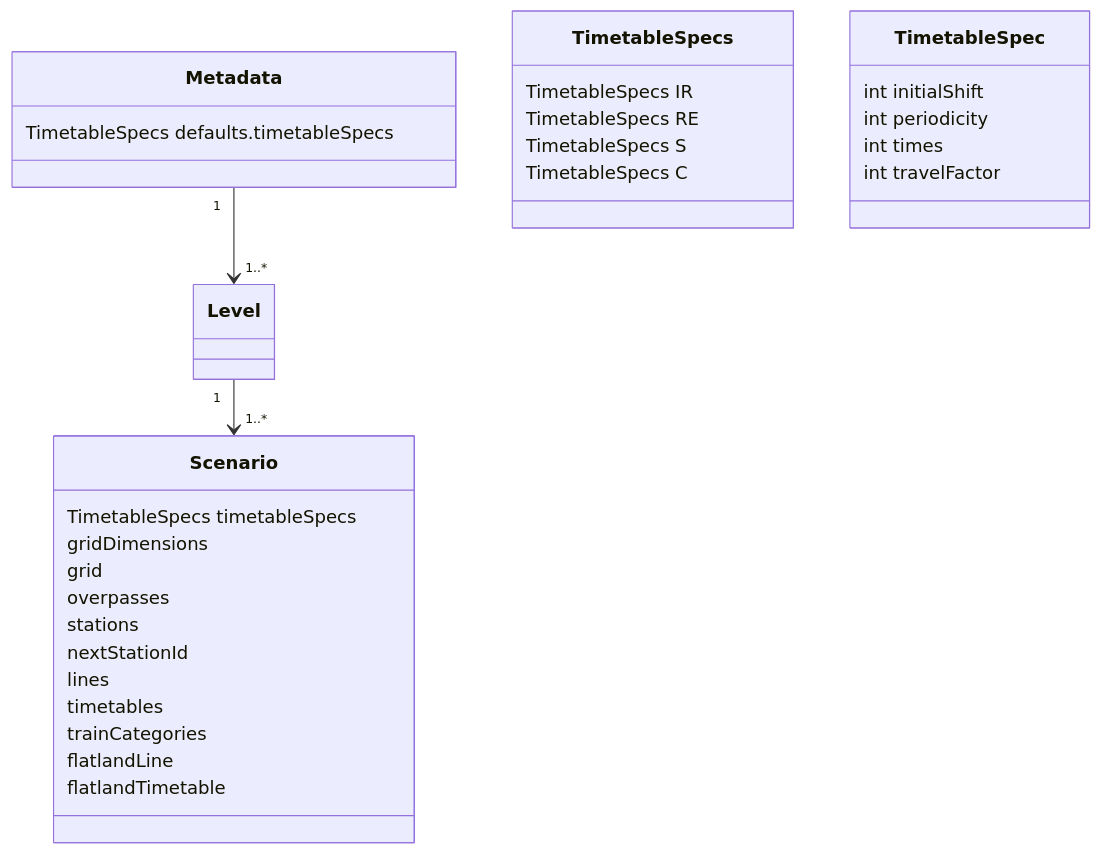
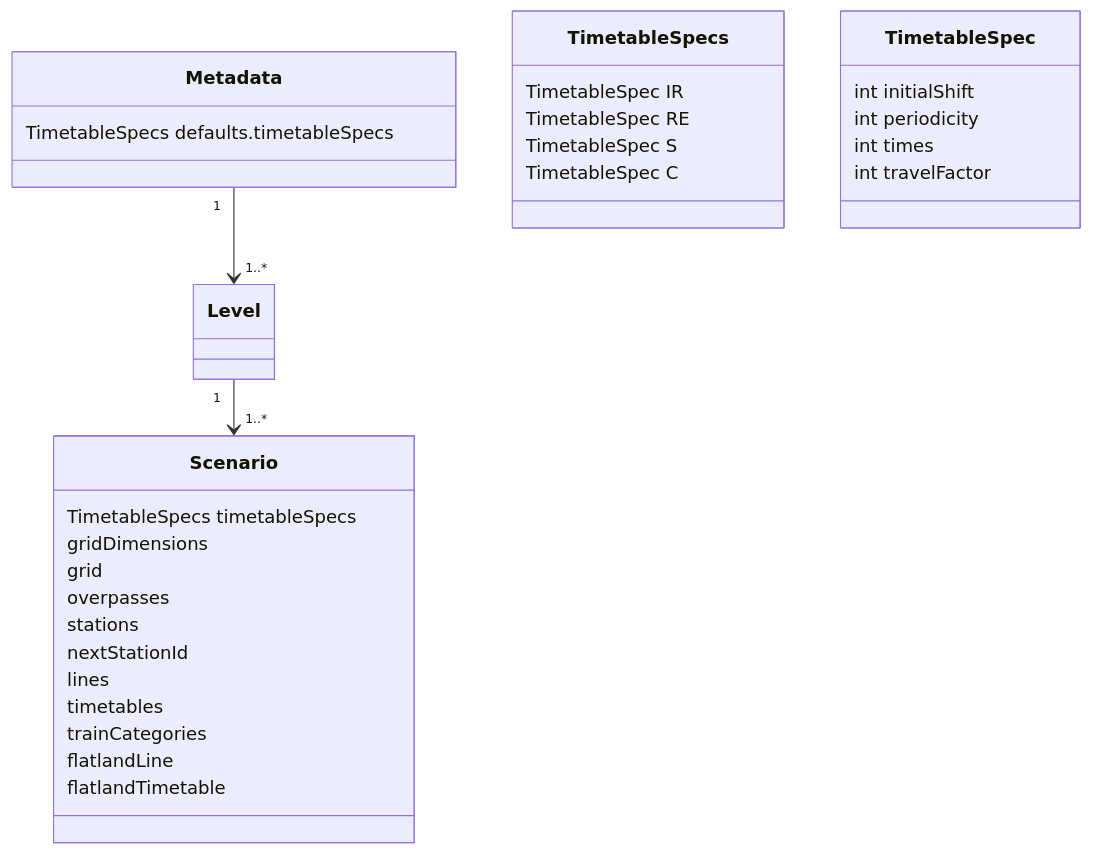
Before and after one commit to flatland-association/flatland-scenarios: the first of 3 diagrams in scenario_generator/README.md, drawn with Mermaid. The commit also changed other lines of this file, not shown here.

````diff
--- a/scenario_generator/README.md
+++ b/scenario_generator/README.md
@@ -21,37 +21,37 @@
 ```mermaid
 classDiagram
   class Metadata {
     TimetableSpecs defaults.timetableSpecs
   }
   class Scenario {
     TimetableSpecs timetableSpecs
   }
   Metadata "1" --> "1..*" Level
   Level "1" --> "1..*" Scenario
+
   class TimetableSpecs {
-    TimetableSpecs IR
-    TimetableSpecs RE
-    TimetableSpecs S
-    TimetableSpecs C
+    TimetableSpec IR
+    TimetableSpec RE
+    TimetableSpec S
+    TimetableSpec C
   }
   class TimetableSpec {
     int initialShift
     int periodicity
     int times
     int travelFactor
   }
-
   class Scenario {
     gridDimensions
     grid
     overpasses
     stations
     nextStationId
     lines
     timetables
     trainCategories
     flatlandLine
     flatlandTimetable
   }
 
 ```
````
